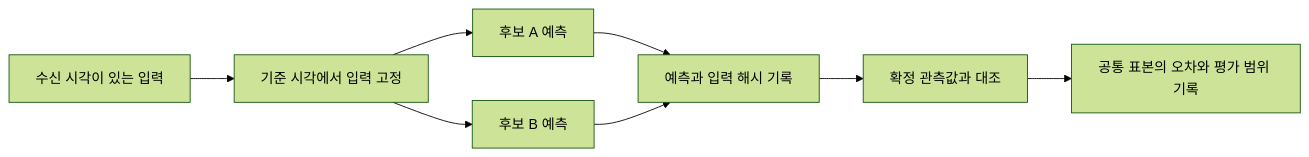
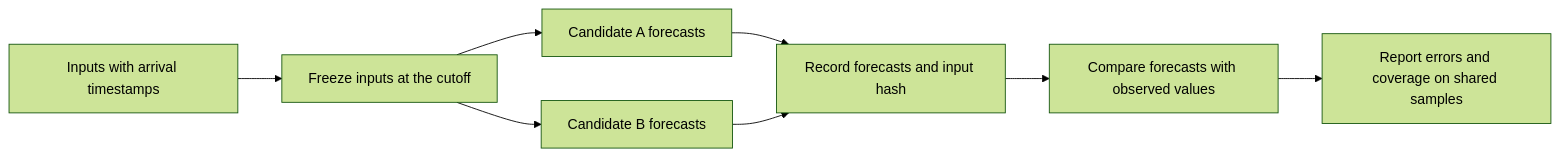
The diagram in README.md (medistic/stocklab-engineering-demo), drawn with Mermaid (forest theme) before and after one commit. The commit also changed other lines of this file, not shown here.

````diff
--- a/README.md
+++ b/README.md
@@ -5,10 +5,10 @@
 ```mermaid
 flowchart LR
-    A["수신 시각이 있는 입력"] --> B["기준 시각에서 입력 고정"]
-    B --> C["후보 A 예측"]
-    B --> D["후보 B 예측"]
-    C --> E["예측과 입력 해시 기록"]
+    A["Inputs with arrival timestamps"] --> B["Freeze inputs at the cutoff"]
+    B --> C["Candidate A forecasts"]
+    B --> D["Candidate B forecasts"]
+    C --> E["Record forecasts and input hash"]
     D --> E
-    E --> F["확정 관측값과 대조"]
-    F --> G["공통 표본의 오차와 평가 범위 기록"]
+    E --> F["Compare forecasts with observed values"]
+    F --> G["Report errors and coverage on shared samples"]
 ```
````
